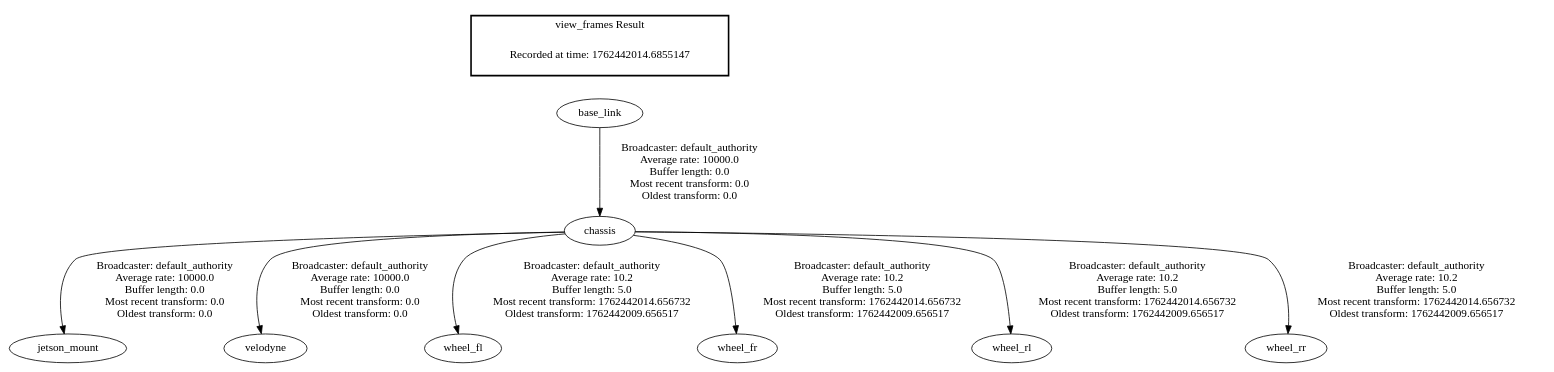
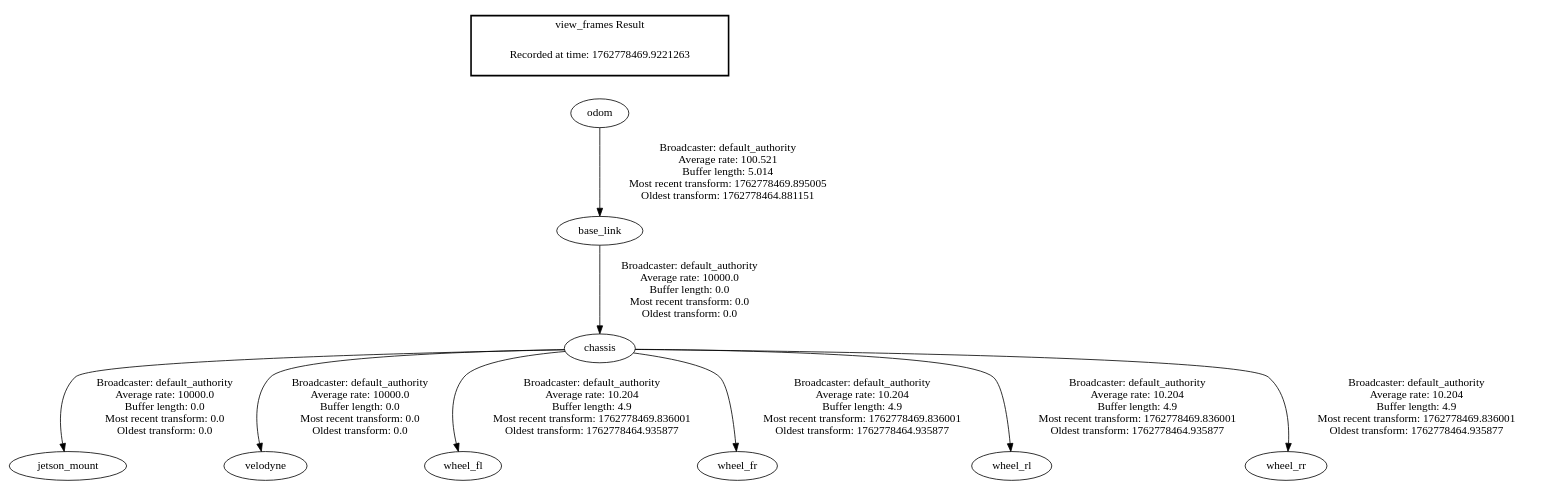
The diagram in frames.gv (Podolskigutten/ros2_leo_ws), drawn with Graphviz before and after one commit. The commit also changed 8 other files, not shown here.

```diff
--- a/frames.gv
+++ b/frames.gv
@@ -1,13 +1,14 @@
 digraph G {
+"odom" -> "base_link"[label=" Broadcaster: default_authority\nAverage rate: 100.521\nBuffer length: 5.014\nMost recent transform: 1762778469.895005\nOldest transform: 1762778464.881151\n"];
 "base_link" -> "chassis"[label=" Broadcaster: default_authority\nAverage rate: 10000.0\nBuffer length: 0.0\nMost recent transform: 0.0\nOldest transform: 0.0\n"];
 "chassis" -> "jetson_mount"[label=" Broadcaster: default_authority\nAverage rate: 10000.0\nBuffer length: 0.0\nMost recent transform: 0.0\nOldest transform: 0.0\n"];
 "chassis" -> "velodyne"[label=" Broadcaster: default_authority\nAverage rate: 10000.0\nBuffer length: 0.0\nMost recent transform: 0.0\nOldest transform: 0.0\n"];
-"chassis" -> "wheel_fl"[label=" Broadcaster: default_authority\nAverage rate: 10.2\nBuffer length: 5.0\nMost recent transform: 1762442014.656732\nOldest transform: 1762442009.656517\n"];
-"chassis" -> "wheel_fr"[label=" Broadcaster: default_authority\nAverage rate: 10.2\nBuffer length: 5.0\nMost recent transform: 1762442014.656732\nOldest transform: 1762442009.656517\n"];
-"chassis" -> "wheel_rl"[label=" Broadcaster: default_authority\nAverage rate: 10.2\nBuffer length: 5.0\nMost recent transform: 1762442014.656732\nOldest transform: 1762442009.656517\n"];
-"chassis" -> "wheel_rr"[label=" Broadcaster: default_authority\nAverage rate: 10.2\nBuffer length: 5.0\nMost recent transform: 1762442014.656732\nOldest transform: 1762442009.656517\n"];
+"chassis" -> "wheel_fl"[label=" Broadcaster: default_authority\nAverage rate: 10.204\nBuffer length: 4.9\nMost recent transform: 1762778469.836001\nOldest transform: 1762778464.935877\n"];
+"chassis" -> "wheel_fr"[label=" Broadcaster: default_authority\nAverage rate: 10.204\nBuffer length: 4.9\nMost recent transform: 1762778469.836001\nOldest transform: 1762778464.935877\n"];
+"chassis" -> "wheel_rl"[label=" Broadcaster: default_authority\nAverage rate: 10.204\nBuffer length: 4.9\nMost recent transform: 1762778469.836001\nOldest transform: 1762778464.935877\n"];
+"chassis" -> "wheel_rr"[label=" Broadcaster: default_authority\nAverage rate: 10.204\nBuffer length: 4.9\nMost recent transform: 1762778469.836001\nOldest transform: 1762778464.935877\n"];
 edge [style=invis];
  subgraph cluster_legend { style=bold; color=black; label ="view_frames Result";
-"Recorded at time: 1762442014.6855147"[ shape=plaintext ] ;
-}->"base_link";
+"Recorded at time: 1762778469.9221263"[ shape=plaintext ] ;
+}->"odom";
 }
```
